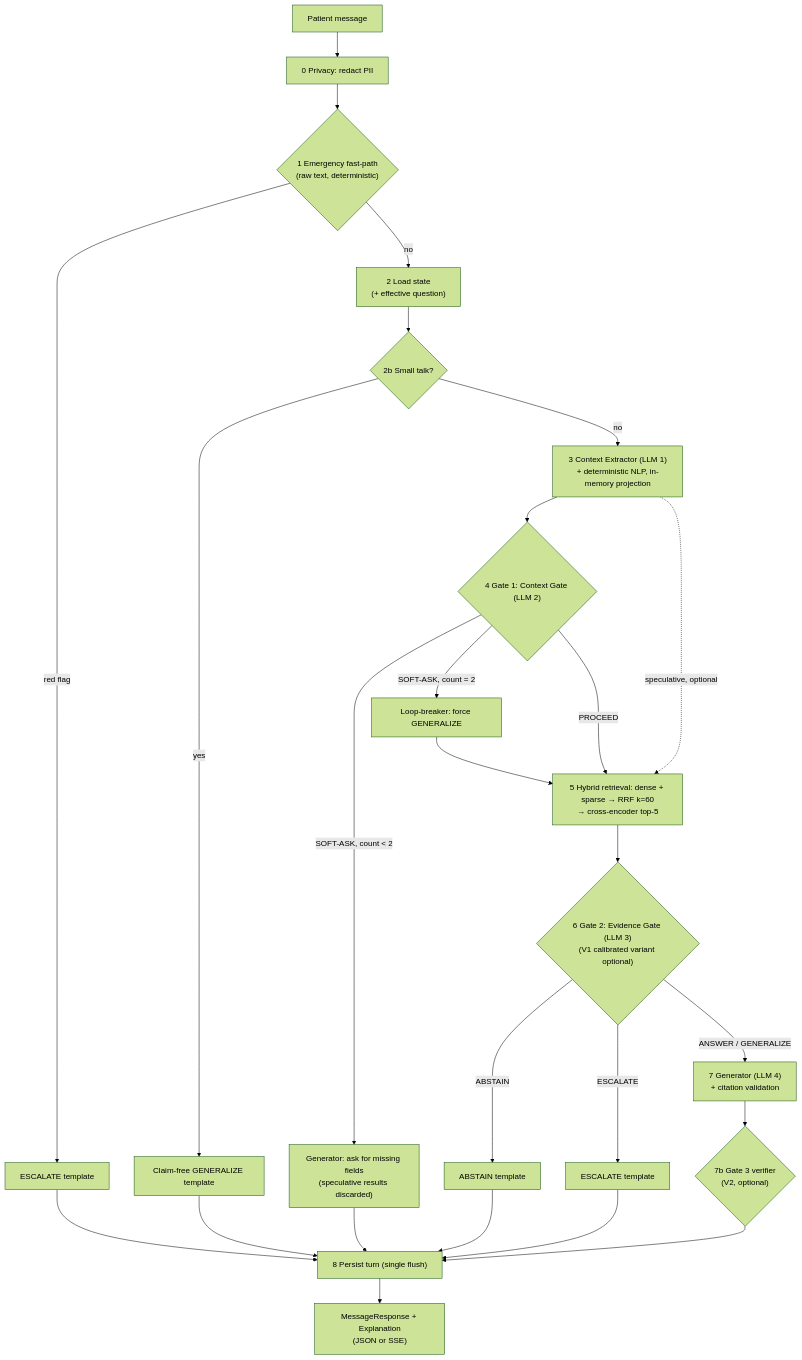
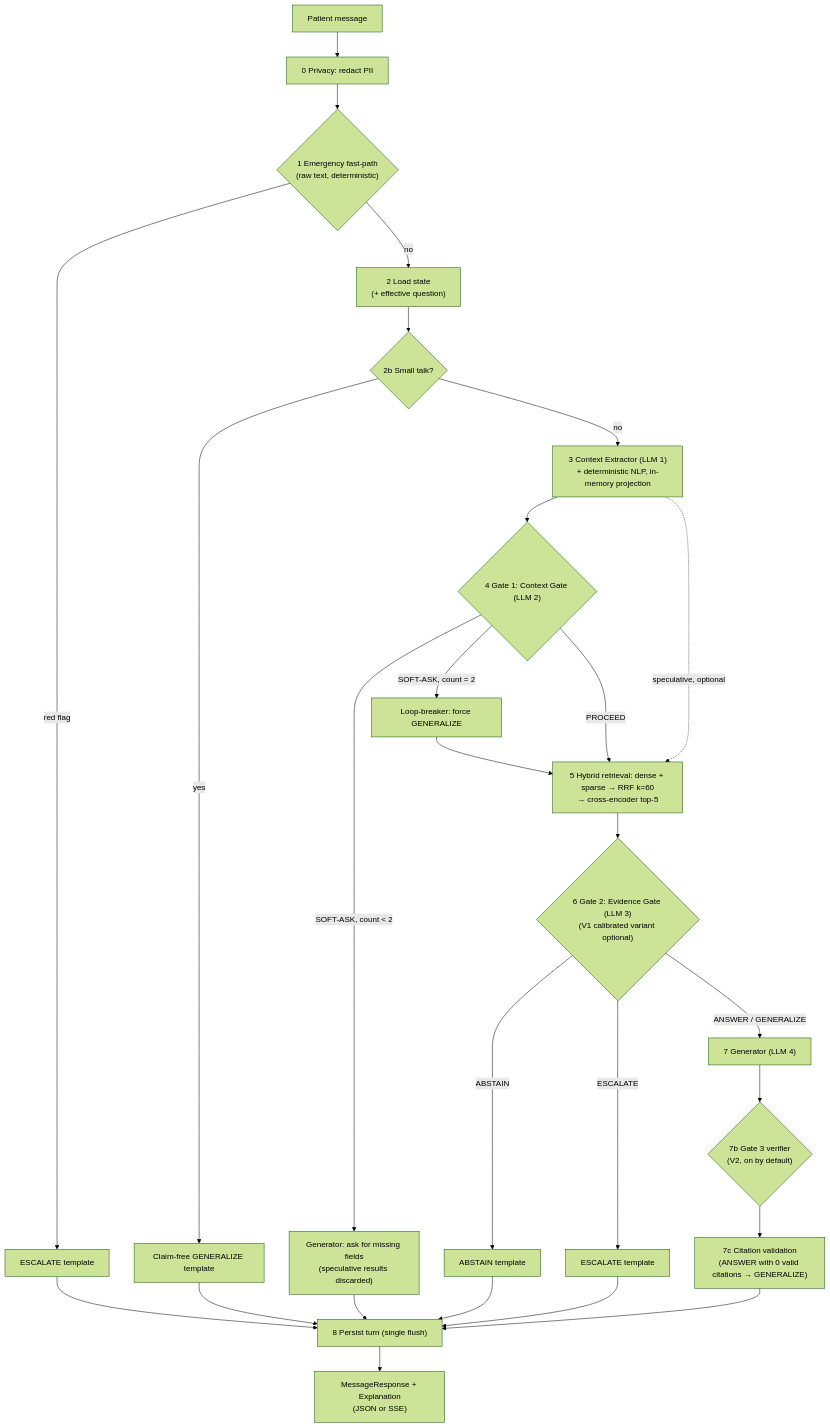
Before and after one commit to Farhan-0000/CardioGuard: the second of 2 diagrams in docs/technical_specification.md, drawn with Mermaid (forest theme). The commit also changed other lines of this file and 91 other files, not shown here.

````diff
--- a/docs/technical_specification.md
+++ b/docs/technical_specification.md
@@ -2217,28 +2218,29 @@
 ```mermaid
 flowchart TD
     IN["Patient message"] --> PV["0 Privacy: redact PII"]
     PV --> EC{"1 Emergency fast-path<br/>(raw text, deterministic)"}
     EC -->|"red flag"| T_E["ESCALATE template"]
     EC -->|"no"| LS["2 Load state<br/>(+ effective question)"]
     LS --> ST{"2b Small talk?"}
     ST -->|"yes"| T_S["Claim-free GENERALIZE template"]
     ST -->|"no"| EX["3 Context Extractor (LLM 1)<br/>+ deterministic NLP, in-memory projection"]
     EX --> G1{"4 Gate 1: Context Gate (LLM 2)"}
     EX -.->|"speculative, optional"| RT
     G1 -->|"SOFT-ASK, count < 2"| SA["Generator: ask for missing fields<br/>(speculative results discarded)"]
     G1 -->|"SOFT-ASK, count = 2"| LB["Loop-breaker: force GENERALIZE"]
     G1 -->|"PROCEED"| RT["5 Hybrid retrieval: dense + sparse → RRF k=60<br/>→ cross-encoder top-5"]
     LB --> RT
     RT --> G2{"6 Gate 2: Evidence Gate (LLM 3)<br/>(V1 calibrated variant optional)"}
     G2 -->|"ABSTAIN"| T_A["ABSTAIN template"]
     G2 -->|"ESCALATE"| T_E2["ESCALATE template"]
-    G2 -->|"ANSWER / GENERALIZE"| GEN["7 Generator (LLM 4)<br/>+ citation validation"]
-    GEN --> V2{"7b Gate 3 verifier<br/>(V2, optional)"}
-    V2 --> PS["8 Persist turn (single flush)"]
+    G2 -->|"ANSWER / GENERALIZE"| GEN["7 Generator (LLM 4)"]
+    GEN --> V2{"7b Gate 3 verifier<br/>(V2, on by default)"}
+    V2 --> CV["7c Citation validation<br/>(ANSWER with 0 valid citations → GENERALIZE)"]
+    CV --> PS["8 Persist turn (single flush)"]
     SA --> PS
     T_E --> PS
     T_S --> PS
     T_A --> PS
     T_E2 --> PS
     PS --> OUT["MessageResponse + Explanation<br/>(JSON or SSE)"]
 ```
````
